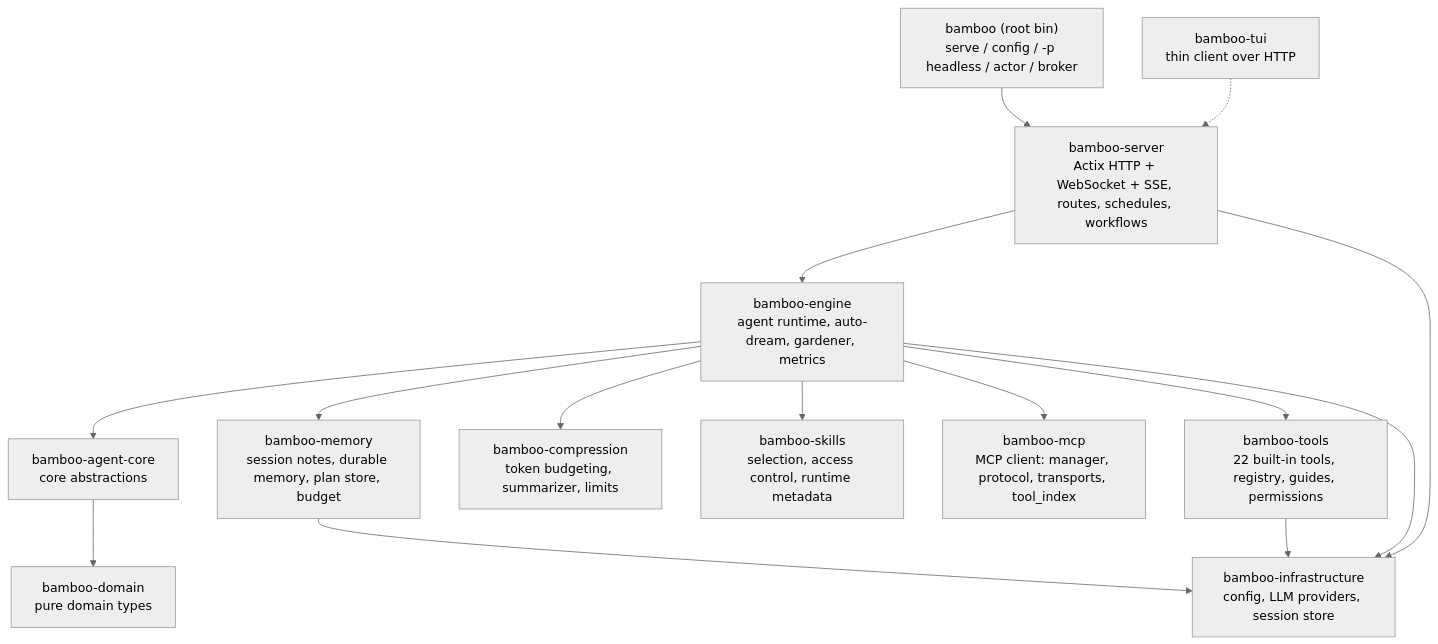
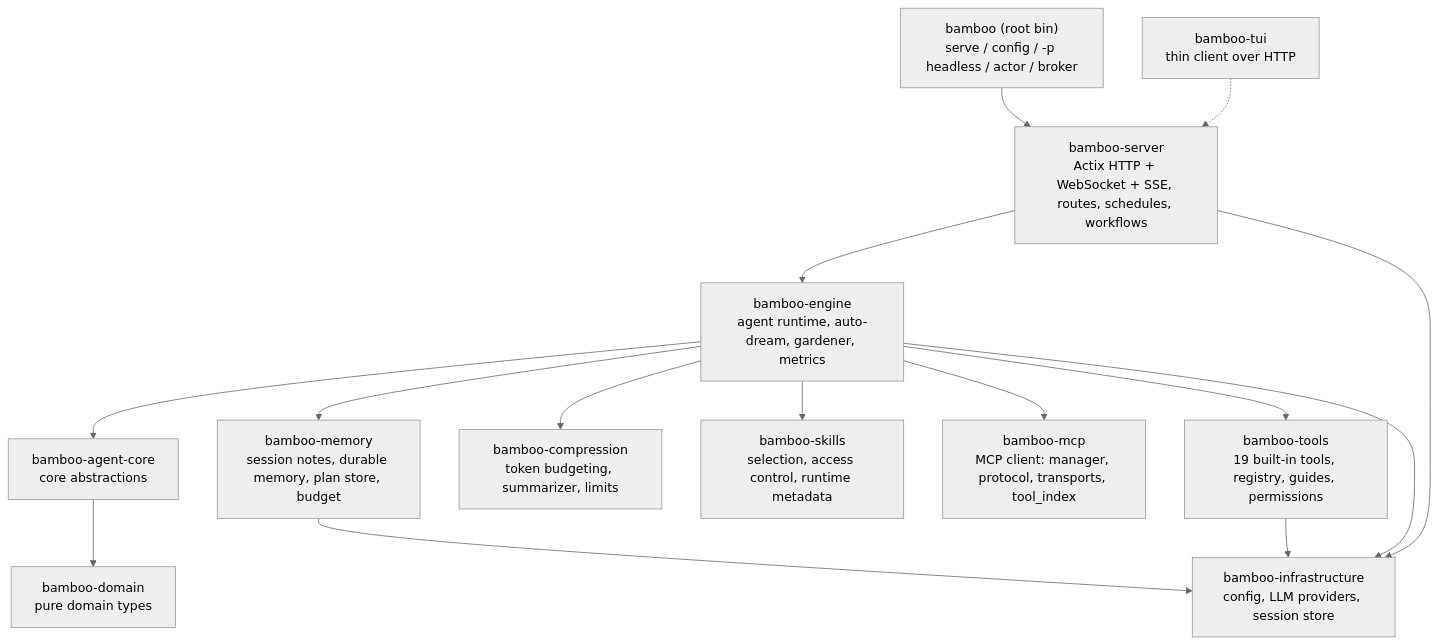
The diagram in README.zh-CN.md (bigduu/Bamboo-agent), drawn with Mermaid (neutral theme) before and after one commit. The commit also changed other lines of this file and 49 other files, not shown here.

First line of the commit message:
refactor: prune unused built-in tools

````diff
--- a/README.zh-CN.md
+++ b/README.zh-CN.md
@@ -49,17 +49,17 @@
 ```mermaid
 graph TD
   CLI["bamboo (root bin)<br/>serve / config / -p headless / actor / broker"] --> SRV[bamboo-server<br/>Actix HTTP + WebSocket + SSE, routes, schedules, workflows]
   SRV --> ENG[bamboo-engine<br/>agent runtime, auto-dream, gardener, metrics]
   ENG --> CORE[bamboo-agent-core<br/>core abstractions]
   CORE --> DOM[bamboo-domain<br/>pure domain types]
   ENG --> MEM[bamboo-memory<br/>session notes, durable memory, plan store, budget]
   ENG --> CMP[bamboo-compression<br/>token budgeting, summarizer, limits]
   ENG --> SKILLS[bamboo-skills<br/>selection, access control, runtime metadata]
   ENG --> MCP[bamboo-mcp<br/>MCP client: manager, protocol, transports, tool_index]
-  ENG --> TOOLS[bamboo-tools<br/>22 built-in tools, registry, guides, permissions]
+  ENG --> TOOLS[bamboo-tools<br/>19 built-in tools, registry, guides, permissions]
   ENG --> INFRA[bamboo-infrastructure<br/>config, LLM providers, session store]
   SRV --> INFRA
   TOOLS --> INFRA
   MEM --> INFRA
   CLI2["bamboo-tui<br/>thin client over HTTP"] -.-> SRV
 ```
````
